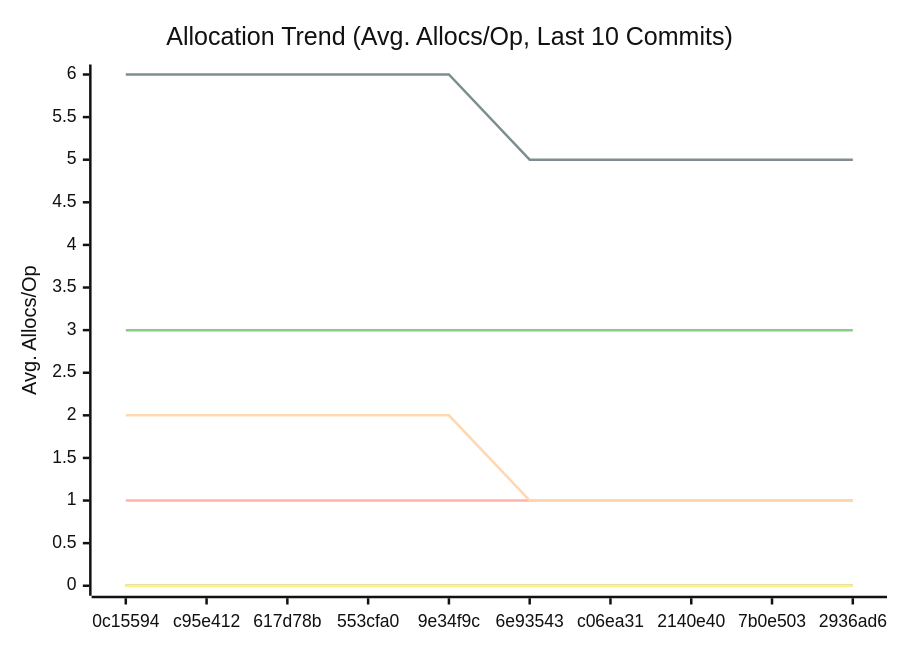
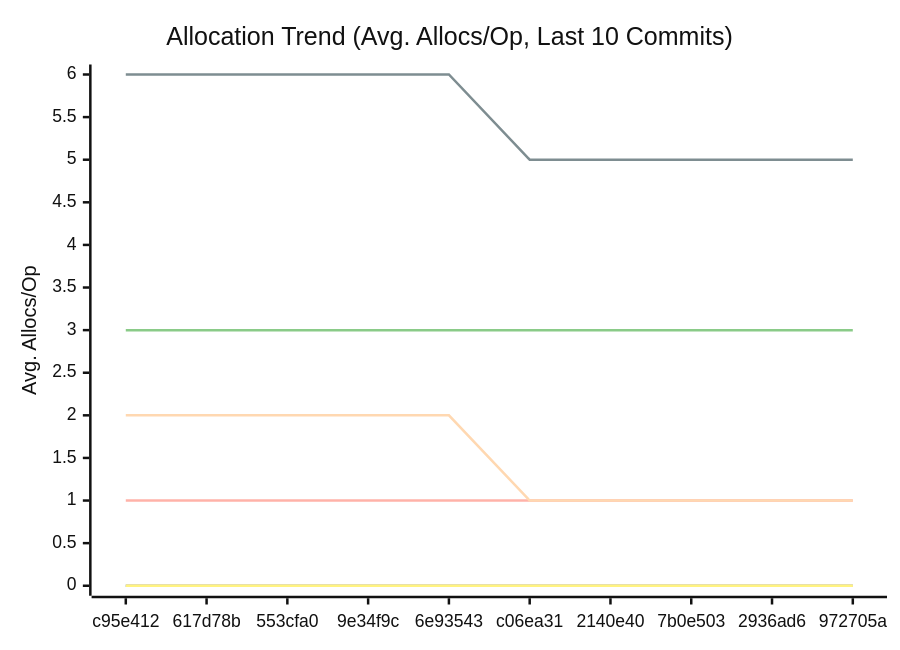
Before and after one commit to alsotoes/momo: the third of 3 diagrams in docs/PERFORMANCE.md, drawn with Mermaid (neutral theme). The commit also changed other lines of this file and 2 other files, not shown here.

````diff
--- a/docs/PERFORMANCE.md
+++ b/docs/PERFORMANCE.md
@@ -114,16 +114,16 @@
 ```mermaid
 xychart-beta
     title "Allocation Trend (Avg. Allocs/Op, Last 10 Commits)"
     x-axis "Commit"
     y-axis "Avg. Allocs/Op"
-    x-axis [0c15594,c95e412,617d78b,553cfa0,9e34f9c,6e93543,c06ea31,2140e40,7b0e503,2936ad6]
+    x-axis [c95e412,617d78b,553cfa0,9e34f9c,6e93543,c06ea31,2140e40,7b0e503,2936ad6,972705a]
     line "CheckMetricsAndSwap" [0,0,0,0,0,0,0,0,0,0]
     line "CrushOptimized" [0,0,0,0,0,0,0,0,0,0]
     line "CrushOriginal" [3,3,3,3,3,3,3,3,3,3]
     line "IndexDirectTracking" [0,0,0,0,0,0,0,0,0,0]
     line "IndexSearch" [0,0,0,0,0,0,0,0,0,0]
     line "LoadGlobalConfig" [1,1,1,1,1,1,1,1,1,1]
     line "PadString" [0,0,0,0,0,0,0,0,0,0]
     line "ParseReplicationOrder_NoPrealloc" [6,6,6,6,6,5,5,5,5,5]
     line "ParseReplicationOrder_Prealloc" [2,2,2,2,2,1,1,1,1,1]
 ```
````
